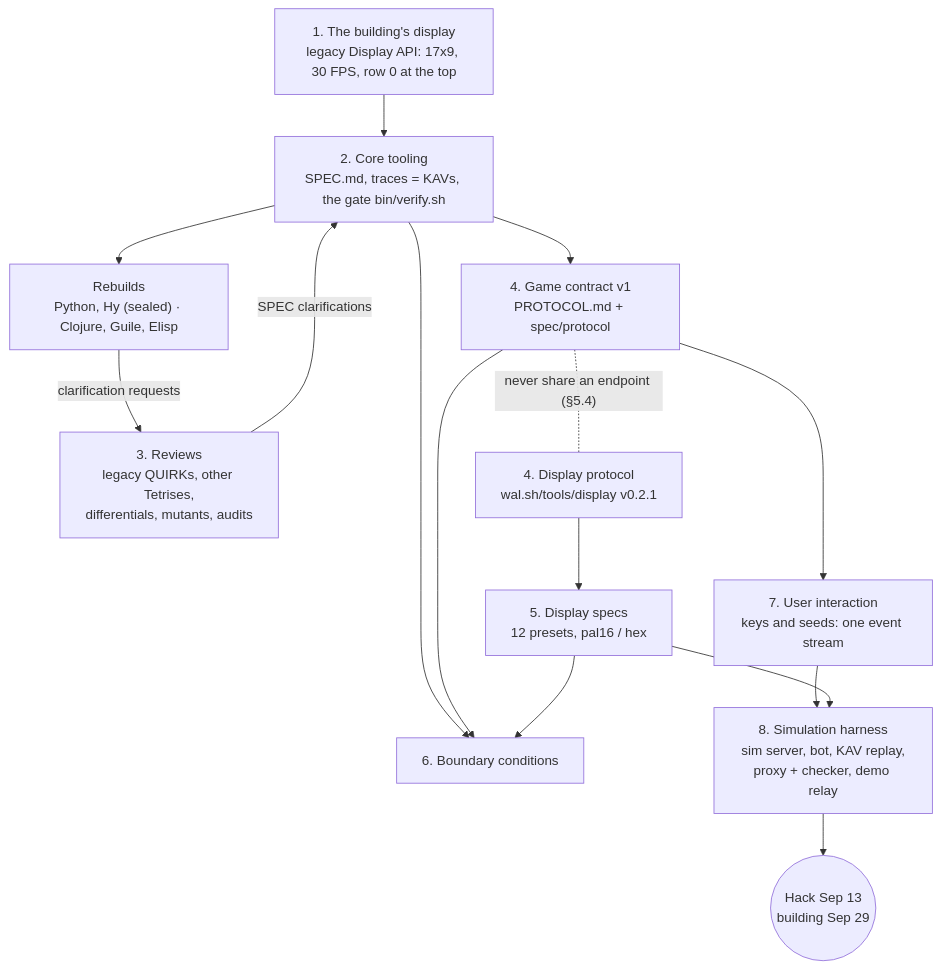
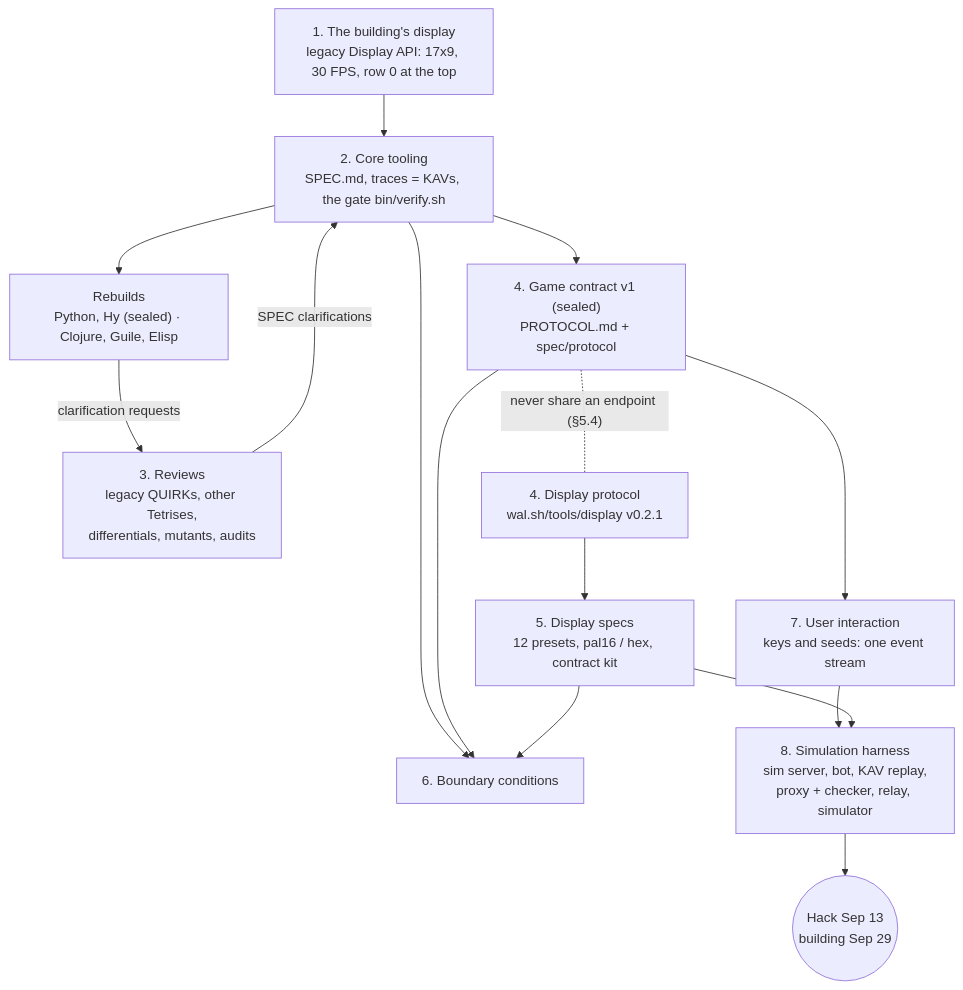
One commit to Adityaagulatii/green_project changed the first of 6 diagrams in docs/PROCESS.md. Above: the diagram before and after it, drawn with Mermaid. The commit also changed other lines of this file, not shown here.

First line of the commit message:
docs(process): second refresh -- contract v1 sealed, display work on main (2974879)

````diff
--- a/docs/PROCESS.md
+++ b/docs/PROCESS.md
@@ -14,17 +15,17 @@
 ```mermaid
 flowchart TD
   A["1. The building's display<br/>legacy Display API: 17x9, 30 FPS, row 0 at the top"] --> B["2. Core tooling<br/>SPEC.md, traces = KAVs, the gate bin/verify.sh"]
   B --> R["Rebuilds<br/>Python, Hy (sealed) · Clojure, Guile, Elisp"]
   R -->|"clarification requests"| C["3. Reviews<br/>legacy QUIRKs, other Tetrises,<br/>differentials, mutants, audits"]
   C -->|"SPEC clarifications"| B
-  B --> P["4. Game contract v1<br/>PROTOCOL.md + spec/protocol"]
+  B --> P["4. Game contract v1 (sealed)<br/>PROTOCOL.md + spec/protocol"]
   P -.-|"never share an endpoint (§5.4)"| DP["4. Display protocol<br/>wal.sh/tools/display v0.2.1"]
-  DP --> DS["5. Display specs<br/>12 presets, pal16 / hex"]
+  DP --> DS["5. Display specs<br/>12 presets, pal16 / hex, contract kit"]
   B --> BC["6. Boundary conditions"]
   P --> BC
   DS --> BC
   P --> UI["7. User interaction<br/>keys and seeds: one event stream"]
-  UI --> H["8. Simulation harness<br/>sim server, bot, KAV replay,<br/>proxy + checker, demo relay"]
+  UI --> H["8. Simulation harness<br/>sim server, bot, KAV replay,<br/>proxy + checker, relay, simulator"]
   DS --> H
   H --> EV(("Hack Sep 13<br/>building Sep 29"))
 ```
````
